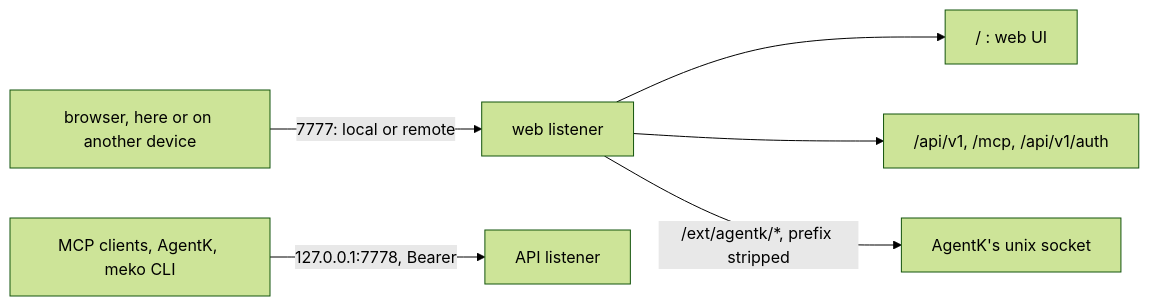
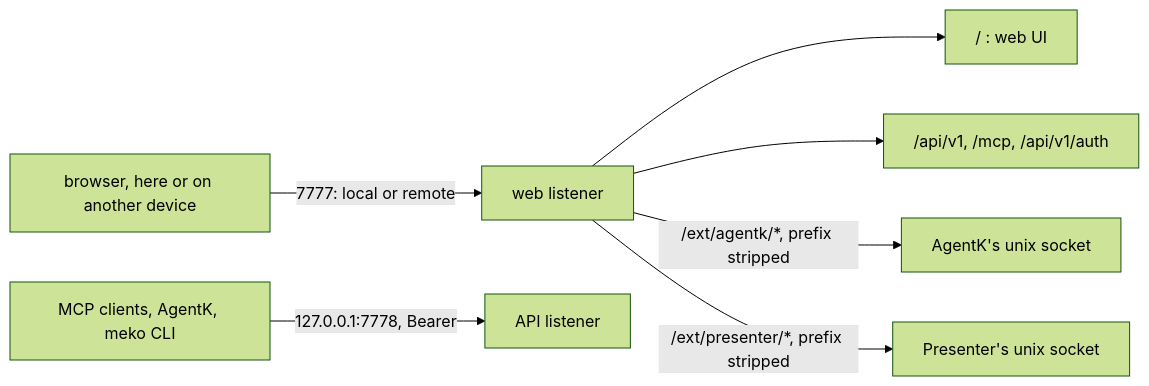
Before and after one commit to yugabyte/meko: the diagram in backend/docs/web.md, drawn with Mermaid (forest theme). The commit also changed other lines of this file and 98 other files, not shown here.

````diff
--- a/backend/docs/web.md
+++ b/backend/docs/web.md
@@ -9,8 +9,9 @@
 ```mermaid
 flowchart LR
   b["browser, here or on another device"] -->|"7777: local or remote"| web["web listener"]
   web --> ui["/ : web UI"]
   web --> data["/api/v1, /mcp, /api/v1/auth"]
   web -->|"/ext/agentk/*, prefix stripped"| sock["AgentK's unix socket"]
+  web -->|"/ext/presenter/*, prefix stripped"| psock["Presenter's unix socket"]
   agents["MCP clients, AgentK, meko CLI"] -->|"127.0.0.1:7778, Bearer"| api["API listener"]
 ```
````
